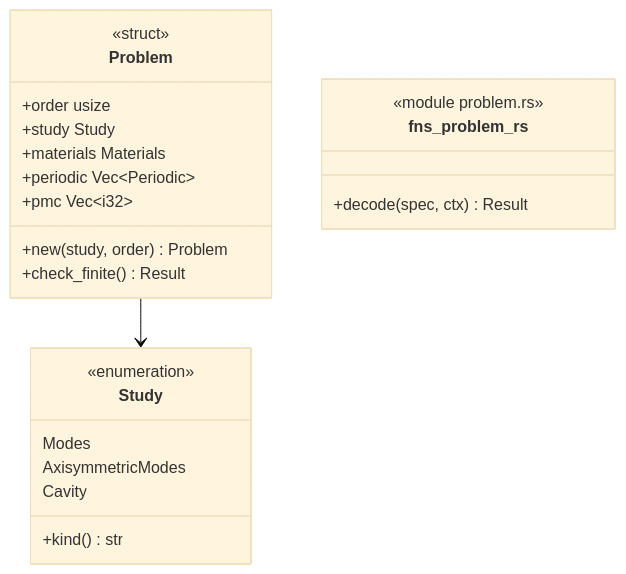
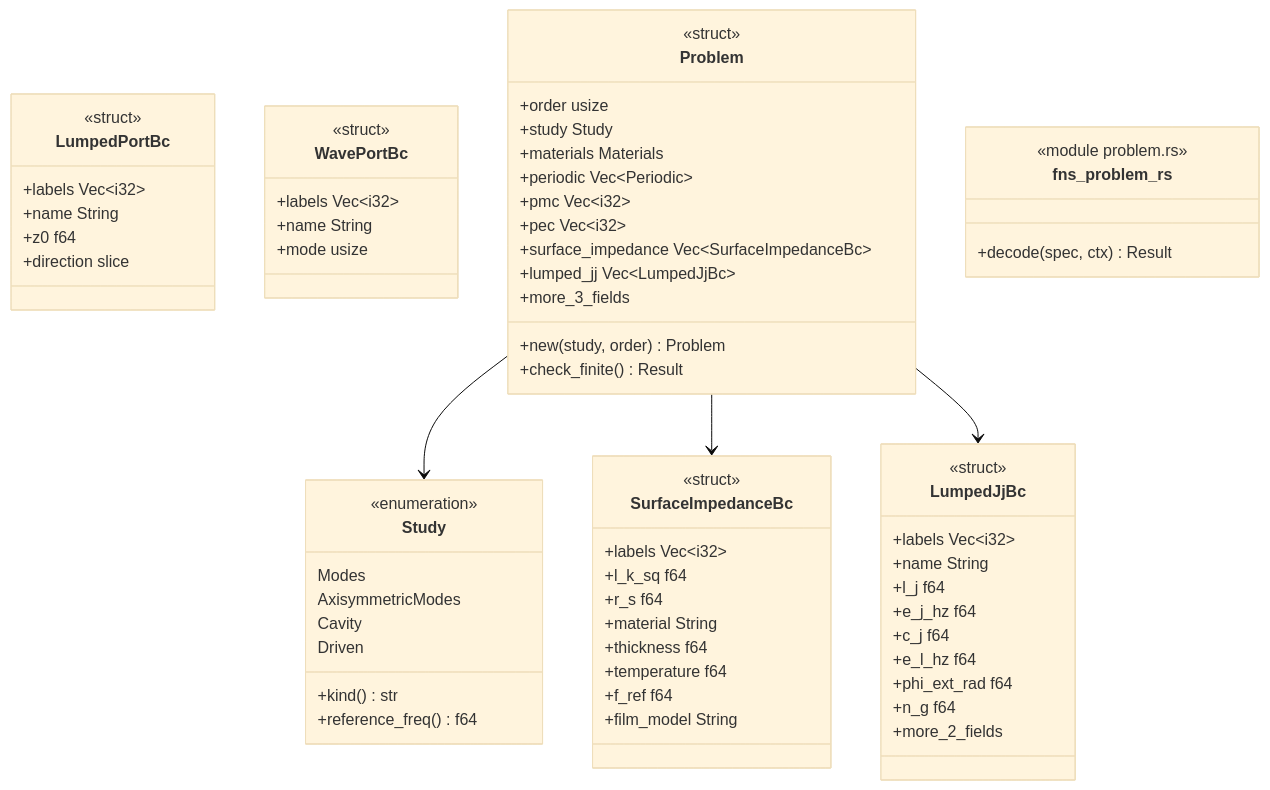
Before and after one commit to p-j-r/nyx: the diagram in docs/architecture/c4/4-code/ems/problem.md, drawn with Mermaid (base theme). The commit also changed other lines of this file and 208 other files, not shown here.

````diff
--- a/docs/architecture/c4/4-code/ems/problem.md
+++ b/docs/architecture/c4/4-code/ems/problem.md
@@ -39,25 +42,69 @@
 ```mermaid
 classDiagram
   class Study {
       <<enumeration>>
       Modes
       AxisymmetricModes
       Cavity
+      Driven
       +kind() str
+      +reference_freq() f64
+  }
+  class SurfaceImpedanceBc {
+      <<struct>>
+      +labels Vec~i32~
+      +l_k_sq f64
+      +r_s f64
+      +material String
+      +thickness f64
+      +temperature f64
+      +f_ref f64
+      +film_model String
+  }
+  class LumpedJjBc {
+      <<struct>>
+      +labels Vec~i32~
+      +name String
+      +l_j f64
+      +e_j_hz f64
+      +c_j f64
+      +e_l_hz f64
+      +phi_ext_rad f64
+      +n_g f64
+      +more_2_fields
+  }
+  class LumpedPortBc {
+      <<struct>>
+      +labels Vec~i32~
+      +name String
+      +z0 f64
+      +direction slice
+  }
+  class WavePortBc {
+      <<struct>>
+      +labels Vec~i32~
+      +name String
+      +mode usize
   }
   class Problem {
       <<struct>>
       +order usize
       +study Study
       +materials Materials
       +periodic Vec~Periodic~
       +pmc Vec~i32~
+      +pec Vec~i32~
+      +surface_impedance Vec~SurfaceImpedanceBc~
+      +lumped_jj Vec~LumpedJjBc~
+      +more_3_fields
       +new(study, order) Problem
       +check_finite() Result
   }
   class fns_problem_rs {
       <<module problem.rs>>
       +decode(spec, ctx) Result
   }
   Problem --> Study
+  Problem --> SurfaceImpedanceBc
+  Problem --> LumpedJjBc
 ```
````
